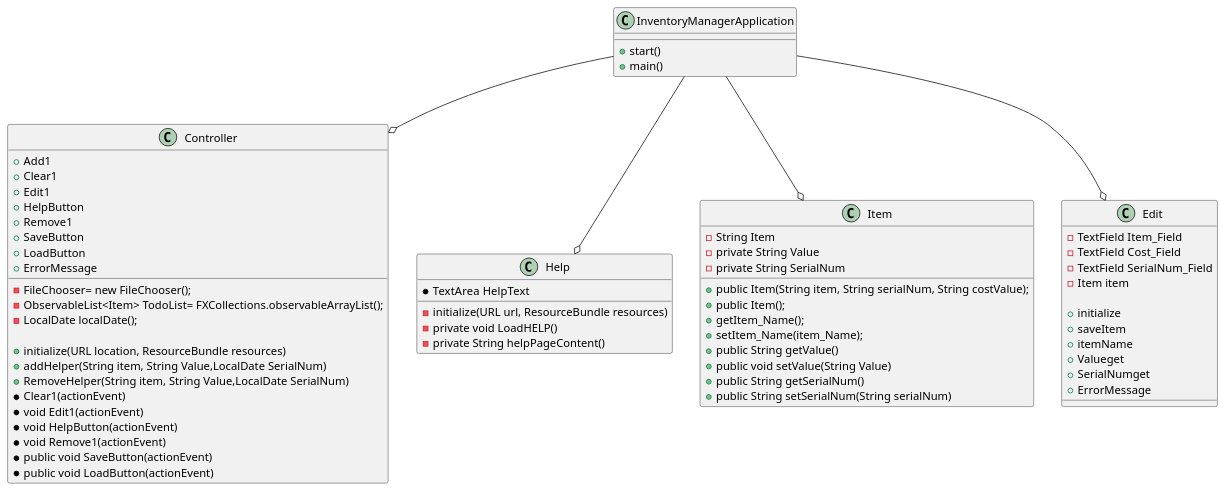
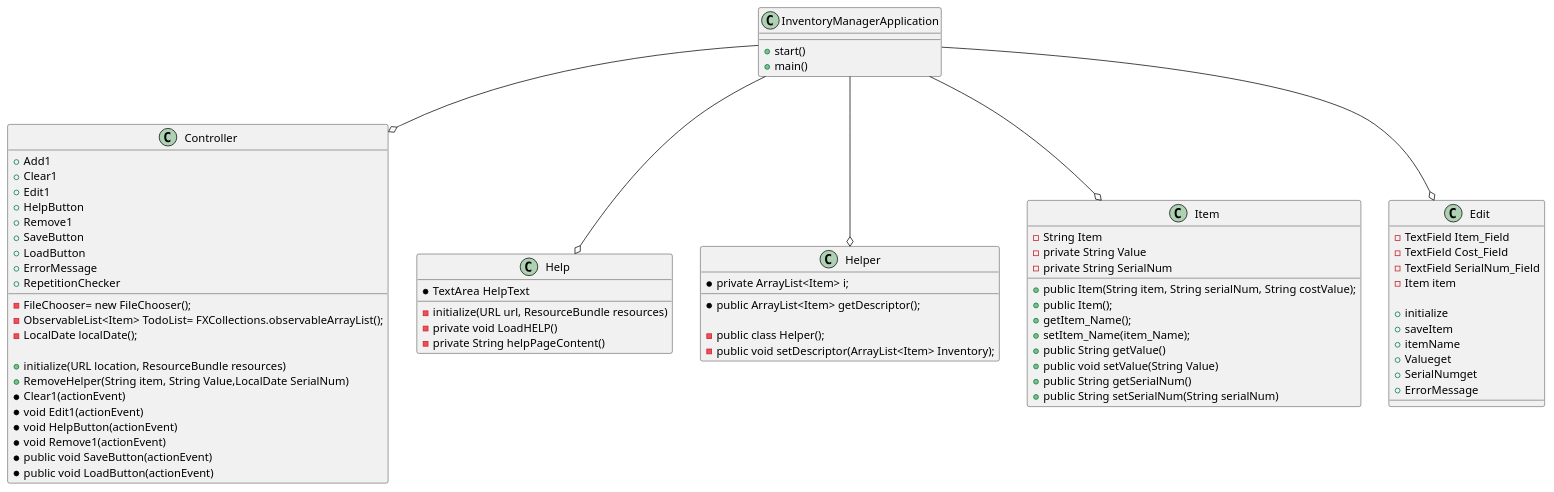
One commit to anto-jmnz/Jimenez-app2 changed the diagram in Jimenez-app2/docs/Inventory.puml. Above: the diagram before and after it, drawn with PlantUML. The commit also changed 8 other files, not shown here.

```diff
--- a/Jimenez-app2/docs/Inventory.puml
+++ b/Jimenez-app2/docs/Inventory.puml
@@ -1,80 +1,90 @@
 @startuml
 'https://plantuml.com/sequence-diagram
 
 class InventoryManagerApplication {
     + start()
     + main()
     '\ What is necessary to run JavaFX '\
 
 }
 class Controller{
     - FileChooser= new FileChooser();
     - ObservableList<Item> TodoList= FXCollections.observableArrayList();
     - LocalDate localDate();
 
     + initialize(URL location, ResourceBundle resources)
     + Add1
-    + addHelper(String item, String Value,LocalDate SerialNum)
     + Clear1
     + Edit1
     + HelpButton
     + Remove1
     + RemoveHelper(String item, String Value,LocalDate SerialNum)
     + SaveButton
     + LoadButton
     + ErrorMessage
+    + RepetitionChecker
 
  '\ Buttons '\
     * Remove1 (ActionEvent)
     * Clear1(actionEvent)
     * void Edit1(actionEvent)
     * void HelpButton(actionEvent)
     * void Remove1(actionEvent)
     * public void SaveButton(actionEvent)
     * public void LoadButton(actionEvent)
 
 }
 
 class Help{
     * TextArea HelpText
 
     - initialize(URL url, ResourceBundle resources)
     - private void LoadHELP()
     - private String helpPageContent()
+
+}
+
+class Helper{
+    * private ArrayList<Item> i;
+    * public ArrayList<Item> getDescriptor();
+
+    - public class Helper();
+    - public void setDescriptor(ArrayList<Item> Inventory);
 
 }
 
 class Item{
     - String Item
     - private String Value
     - private String SerialNum
 
     + public Item(String item, String serialNum, String costValue);
     + public Item();
     + getItem_Name();
     + setItem_Name(item_Name);
     + public String getValue()
     + public void setValue(String Value)
     + public String getSerialNum()
     + public String setSerialNum(String serialNum)
 
 }
 
 class Edit{
     - TextField Item_Field
     - TextField Cost_Field
     - TextField SerialNum_Field
     - Item item
 
     + initialize
     + saveItem
     + itemName
     + Valueget
     + SerialNumget
     + ErrorMessage
 }
 InventoryManagerApplication--o Controller
 InventoryManagerApplication--o Item
 InventoryManagerApplication--o Edit
 InventoryManagerApplication--o Help
+InventoryManagerApplication--o Helper
 @enduml
```
